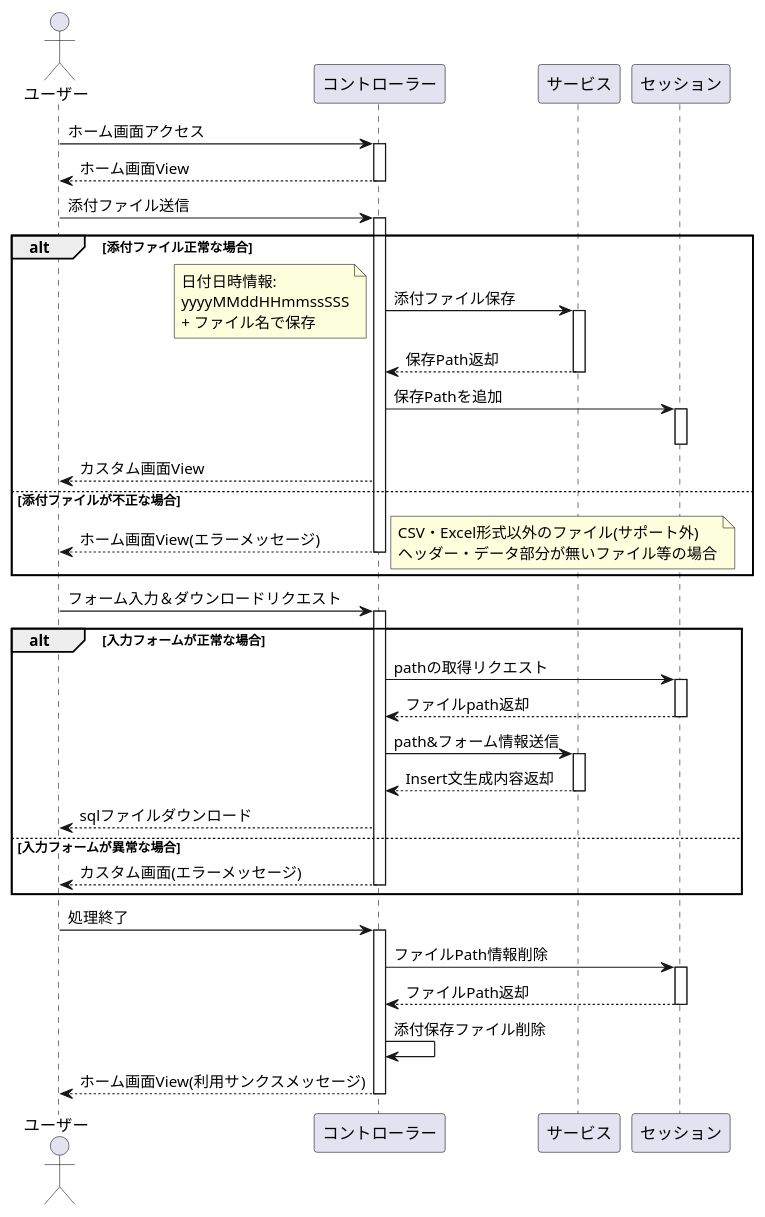
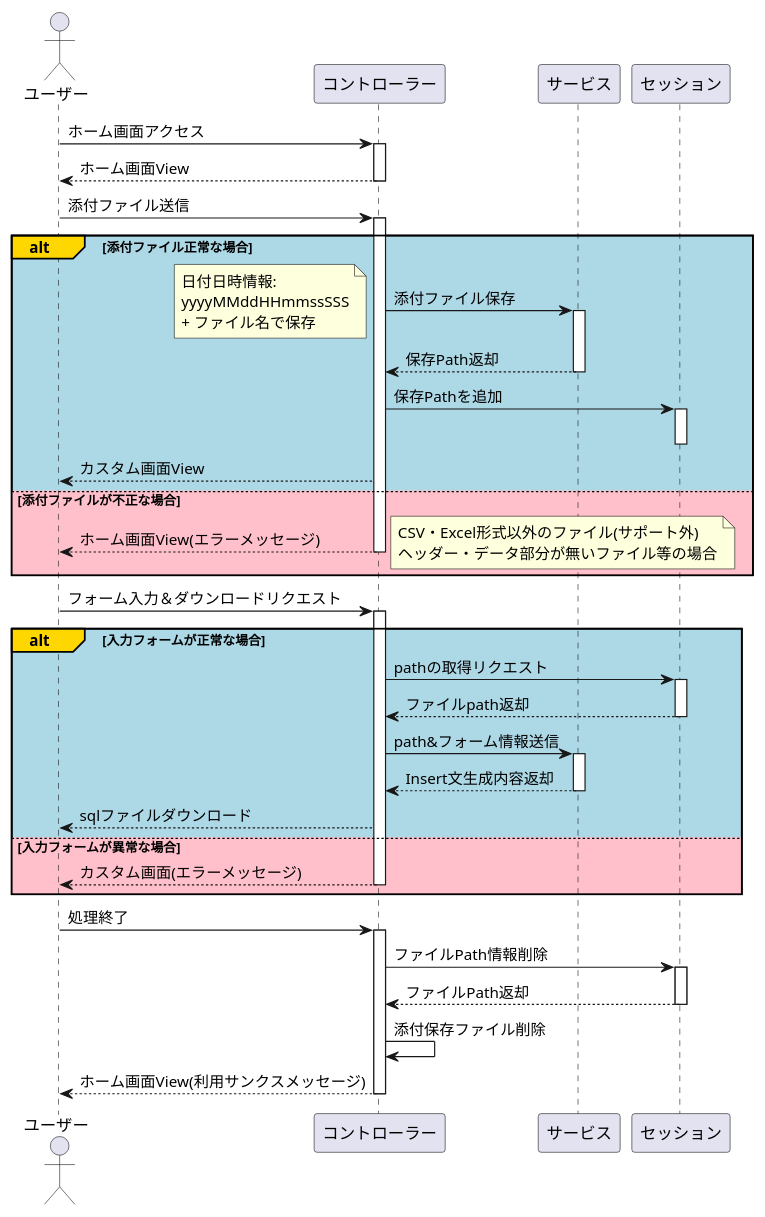
The diagram in plant_uml/sequence1.puml (yasusi-1234/create_db_file), drawn with PlantUML before and after one commit. The commit also changed 3 other files, not shown here.

Commit message:
シーケンス図の微調整

```diff
--- a/plant_uml/sequence1.puml
+++ b/plant_uml/sequence1.puml
@@ -1,61 +1,61 @@
 @startuml
 actor ユーザー
 
 ユーザー -> コントローラー : ホーム画面アクセス
 activate コントローラー
 コントローラー --> ユーザー : ホーム画面View
 deactivate コントローラー
 
 ユーザー -> コントローラー : 添付ファイル送信
 activate コントローラー
-alt 添付ファイル正常な場合
+alt#Gold #LightBlue 添付ファイル正常な場合
     コントローラー -> サービス: 添付ファイル保存
     note top
       日付日時情報:
       yyyyMMddHHmmssSSS
       + ファイル名で保存
     end note
     activate サービス
     サービス --> コントローラー: 保存Path返却
     deactivate サービス
 
     コントローラー -> "セッション": 保存Pathを追加
     activate "セッション"
     deactivate "セッション"
     コントローラー --> ユーザー: カスタム画面View
-else 添付ファイルが不正な場合
+else #Pink 添付ファイルが不正な場合
     コントローラー --> ユーザー: ホーム画面View(エラーメッセージ)
     note right
       CSV・Excel形式以外のファイル(サポート外)
       ヘッダー・データ部分が無いファイル等の場合
     end note
 deactivate コントローラー
 end
 
 ユーザー -> コントローラー : フォーム入力＆ダウンロードリクエスト
-alt 入力フォームが正常な場合
+alt#Gold #LightBlue 入力フォームが正常な場合
     activate コントローラー
     コントローラー -> "セッション": pathの取得リクエスト
     activate "セッション"
     "セッション" --> コントローラー: ファイルpath返却
     deactivate "セッション"
     コントローラー -> サービス: path&フォーム情報送信
     activate サービス
     サービス --> コントローラー: Insert文生成内容返却
     deactivate サービス
     コントローラー --> ユーザー: sqlファイルダウンロード
-else 入力フォームが異常な場合
+else #Pink 入力フォームが異常な場合
     コントローラー --> ユーザー: カスタム画面(エラーメッセージ)
     deactivate コントローラー
 end
 
 ユーザー -> コントローラー : 処理終了
 activate コントローラー
 コントローラー -> "セッション": ファイルPath情報削除
 activate "セッション"
 "セッション" --> コントローラー: ファイルPath返却
 deactivate "セッション"
 コントローラー -> コントローラー: 添付保存ファイル削除
 コントローラー --> ユーザー : ホーム画面View(利用サンクスメッセージ)
 deactivate コントローラー
 @enduml
```
